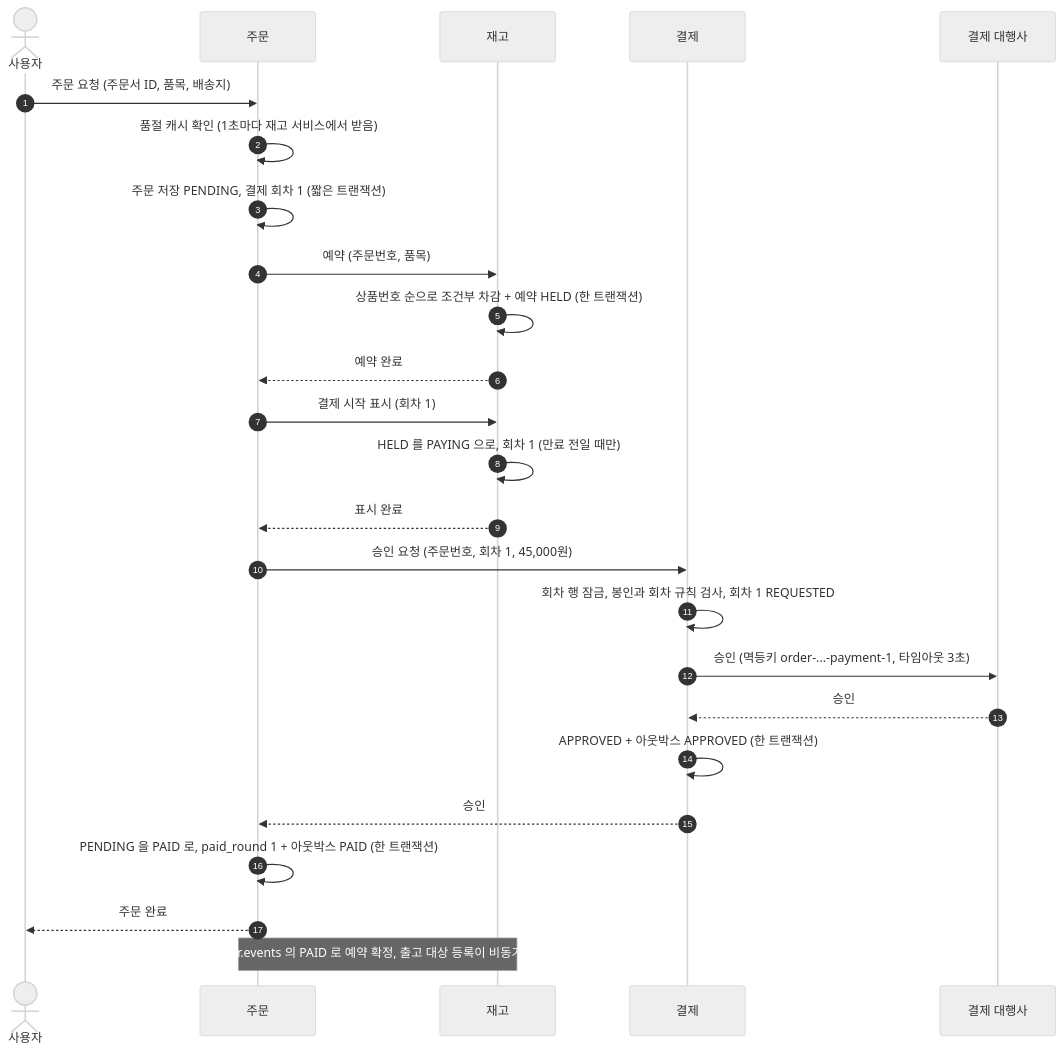
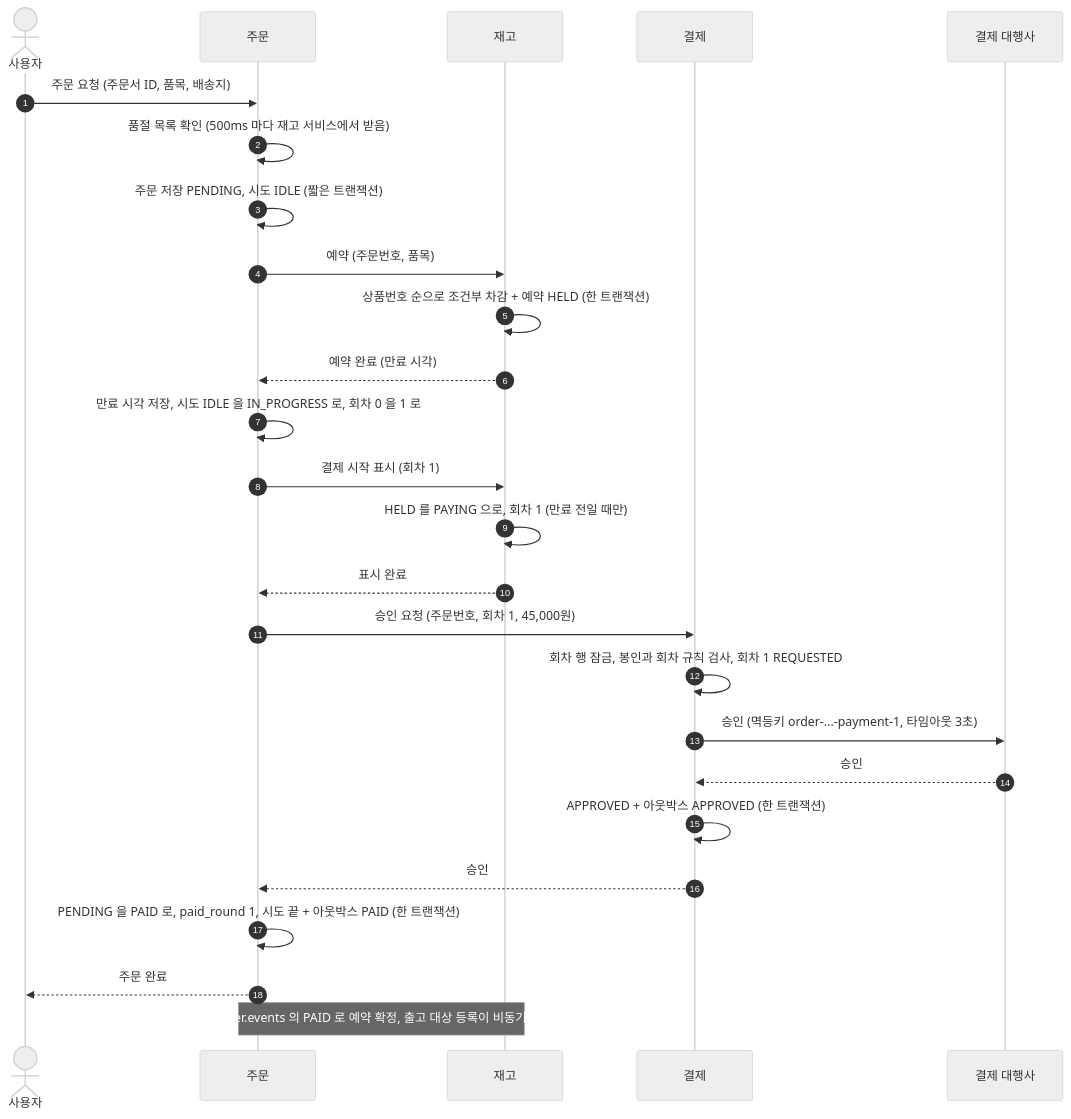
Before and after one commit to Bamdule/dawn-delivery-commerce: the first of 6 diagrams in docs/sequence/01-주문과-결제.md, drawn with Mermaid (neutral theme). The commit also changed other lines of this file and 12 other files, not shown here.

````diff
--- a/docs/sequence/01-주문과-결제.md
+++ b/docs/sequence/01-주문과-결제.md
@@ -20,29 +20,30 @@
 ```mermaid
 sequenceDiagram
     autonumber
     actor 사용자
     participant 주문
     participant 재고
     participant 결제
     participant 대행사 as 결제 대행사
 
     사용자->>주문: 주문 요청 (주문서 ID, 품목, 배송지)
-    주문->>주문: 품절 캐시 확인 (1초마다 재고 서비스에서 받음)
-    주문->>주문: 주문 저장 PENDING, 결제 회차 1 (짧은 트랜잭션)
+    주문->>주문: 품절 목록 확인 (500ms 마다 재고 서비스에서 받음)
+    주문->>주문: 주문 저장 PENDING, 시도 IDLE (짧은 트랜잭션)
     주문->>재고: 예약 (주문번호, 품목)
     재고->>재고: 상품번호 순으로 조건부 차감 + 예약 HELD (한 트랜잭션)
-    재고-->>주문: 예약 완료
+    재고-->>주문: 예약 완료 (만료 시각)
+    주문->>주문: 만료 시각 저장, 시도 IDLE 을 IN_PROGRESS 로, 회차 0 을 1 로
     주문->>재고: 결제 시작 표시 (회차 1)
     재고->>재고: HELD 를 PAYING 으로, 회차 1 (만료 전일 때만)
     재고-->>주문: 표시 완료
     주문->>결제: 승인 요청 (주문번호, 회차 1, 45,000원)
     결제->>결제: 회차 행 잠금, 봉인과 회차 규칙 검사, 회차 1 REQUESTED
     결제->>대행사: 승인 (멱등키 order-...-payment-1, 타임아웃 3초)
     대행사-->>결제: 승인
     결제->>결제: APPROVED + 아웃박스 APPROVED (한 트랜잭션)
     결제-->>주문: 승인
-    주문->>주문: PENDING 을 PAID 로, paid_round 1 + 아웃박스 PAID (한 트랜잭션)
+    주문->>주문: PENDING 을 PAID 로, paid_round 1, 시도 끝 + 아웃박스 PAID (한 트랜잭션)
     주문-->>사용자: 주문 완료
 
     Note over 주문,재고: 이후 order.events 의 PAID 로 예약 확정, 출고 대상 등록이 비동기로 일어남
 ```
````
